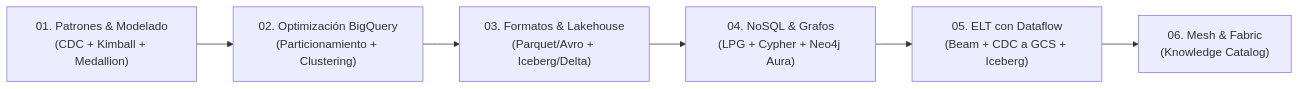
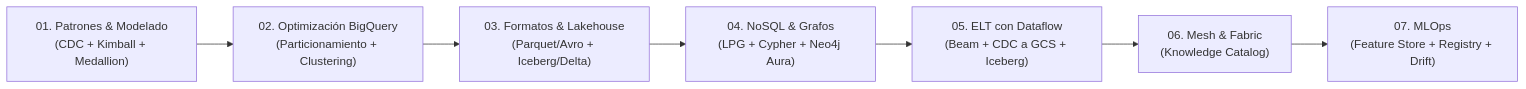
One commit to jggomez/analytics-architectures-labs changed the diagram in README.md. Above: the diagram before and after it, drawn with Mermaid. The commit also changed other lines of this file and 2 other files, not shown here.

First line of the commit message:
feat: add Module 07 on MLOps -- Feature Store, Model Registry, endpoints and drift-triggered retraining

````diff
--- a/README.md
+++ b/README.md
@@ -57,8 +62,9 @@
 ```mermaid
 flowchart LR
     A["01. Patrones & Modelado\n(CDC + Kimball + Medallion)"] --> B["02. Optimización BigQuery\n(Particionamiento + Clustering)"]
     B --> C["03. Formatos & Lakehouse\n(Parquet/Avro + Iceberg/Delta)"]
     C --> D["04. NoSQL & Grafos\n(LPG + Cypher + Neo4j Aura)"]
     D --> E["05. ELT con Dataflow\n(Beam + CDC a GCS + Iceberg)"]
     E --> F["06. Mesh & Fabric\n(Knowledge Catalog)"]
+    F --> G["07. MLOps\n(Feature Store + Registry + Drift)"]
 ```
````
